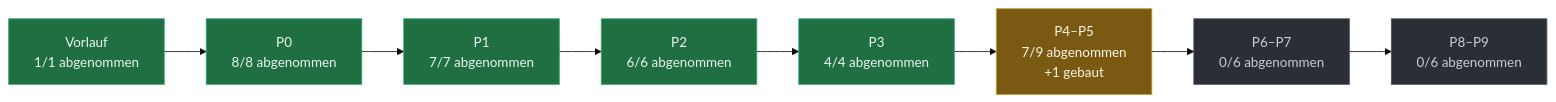
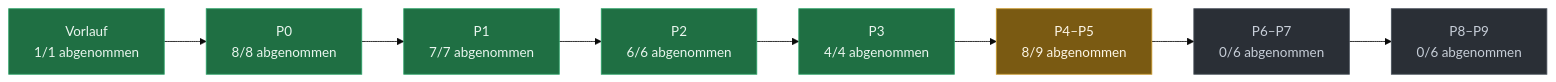
One commit to evenacadia-tech/Nakama changed the diagram in docs/PLAN-STAND.md. Above: the diagram before and after it, drawn with Mermaid (base theme). The commit also changed other lines of this file, not shown here.

````diff
--- a/docs/PLAN-STAND.md
+++ b/docs/PLAN-STAND.md
@@ -35,21 +35,21 @@
 ```mermaid
 flowchart LR
   P0["Vorlauf<br/>1/1 abgenommen"]:::fertig
   P1["P0<br/>8/8 abgenommen"]:::fertig
   P0 --> P1
   P2["P1<br/>7/7 abgenommen"]:::fertig
   P1 --> P2
   P3["P2<br/>6/6 abgenommen"]:::fertig
   P2 --> P3
   P4["P3<br/>4/4 abgenommen"]:::fertig
   P3 --> P4
-  P5["P4–P5<br/>7/9 abgenommen<br/>+1 gebaut"]:::laeuft
+  P5["P4–P5<br/>8/9 abgenommen"]:::laeuft
   P4 --> P5
   P6["P6–P7<br/>0/6 abgenommen"]:::offen
   P5 --> P6
   P7["P8–P9<br/>0/6 abgenommen"]:::offen
   P6 --> P7
   classDef fertig fill:#1f6f43,stroke:#2ea36a,color:#eaf6ef
   classDef laeuft fill:#7a5a12,stroke:#c99a2e,color:#fdf6e6
   classDef offen  fill:#2a2f36,stroke:#4a525c,color:#c7ced8
 ```
````
